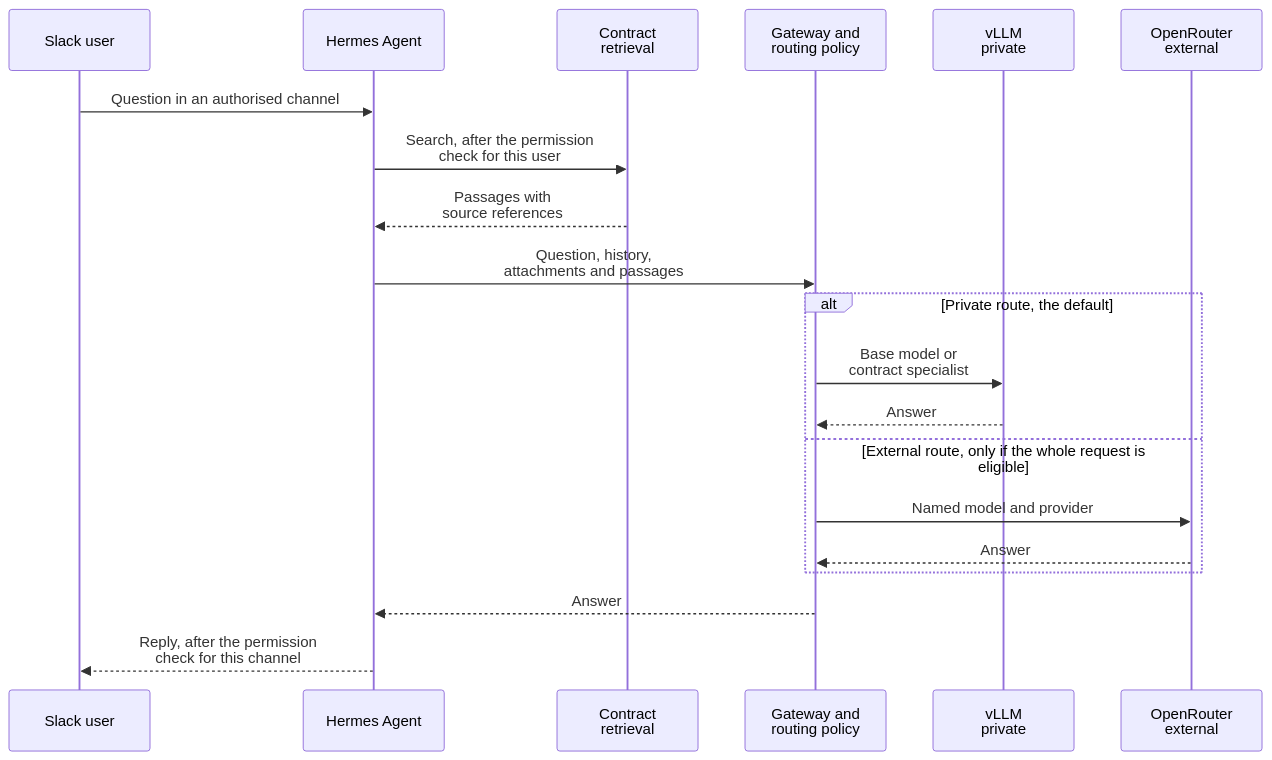
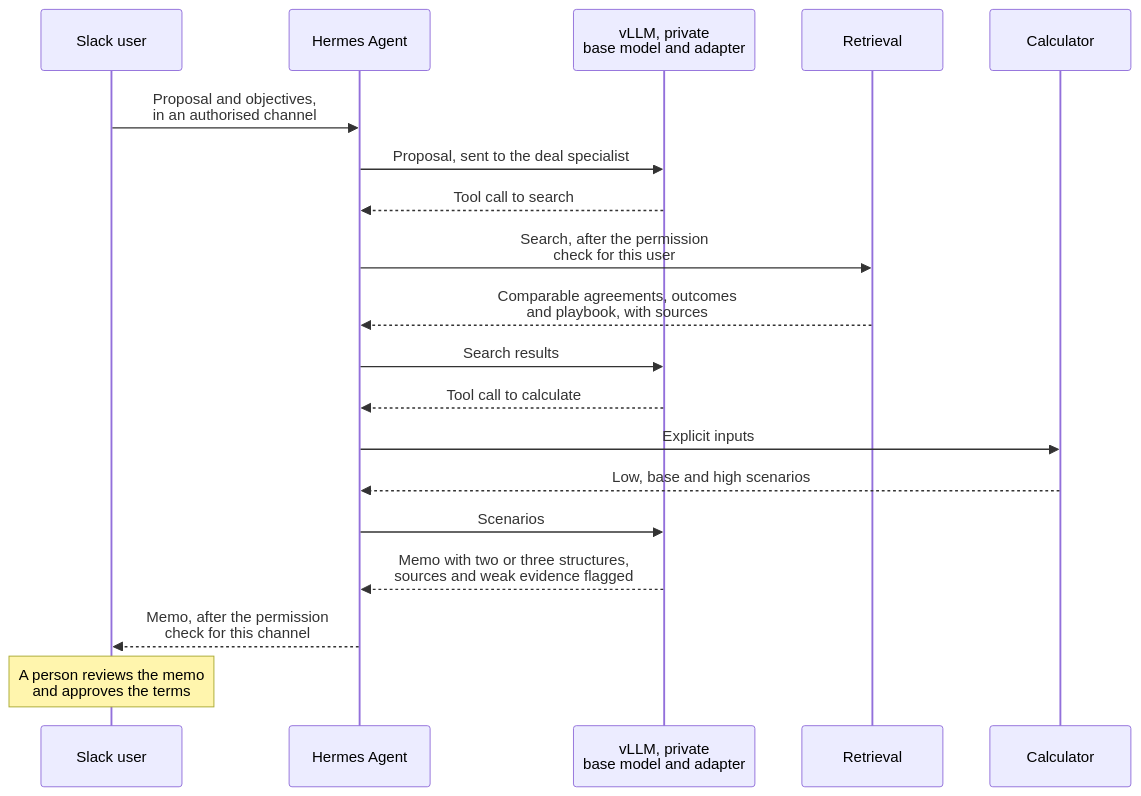
Before and after one commit to bendob27/contract-assistant: the second of 2 diagrams in docs/architecture.md, drawn with Mermaid. The commit also changed other lines of this file and 4 other files, not shown here.

First line of the commit message:
Document the deal-terms specialist on Qwen3.8-27B

````diff
--- a/docs/architecture.md
+++ b/docs/architecture.md
@@ -75,23 +99,22 @@
 ```mermaid
 sequenceDiagram
     participant U as Slack user
     participant H as Hermes Agent
-    participant R as Contract<br/>retrieval
-    participant G as Gateway and<br/>routing policy
-    participant V as vLLM<br/>private
-    participant O as OpenRouter<br/>external
+    participant V as vLLM, private<br/>base model and adapter
+    participant R as Retrieval
+    participant C as Calculator
 
-    U->>H: Question in an authorised channel
+    U->>H: Proposal and objectives,<br/>in an authorised channel
+    H->>V: Proposal, sent to the deal specialist
+    V-->>H: Tool call to search
     H->>R: Search, after the permission<br/>check for this user
-    R-->>H: Passages with<br/>source references
-    H->>G: Question, history,<br/>attachments and passages
-    alt Private route, the default
-        G->>V: Base model or<br/>contract specialist
-        V-->>G: Answer
-    else External route, only if the whole request is eligible
-        G->>O: Named model and provider
-        O-->>G: Answer
-    end
-    G-->>H: Answer
-    H-->>U: Reply, after the permission<br/>check for this channel
+    R-->>H: Comparable agreements, outcomes<br/>and playbook, with sources
+    H->>V: Search results
+    V-->>H: Tool call to calculate
+    H->>C: Explicit inputs
+    C-->>H: Low, base and high scenarios
+    H->>V: Scenarios
+    V-->>H: Memo with two or three structures,<br/>sources and weak evidence flagged
+    H-->>U: Memo, after the permission<br/>check for this channel
+    Note over U: A person reviews the memo<br/>and approves the terms
 ```
````
